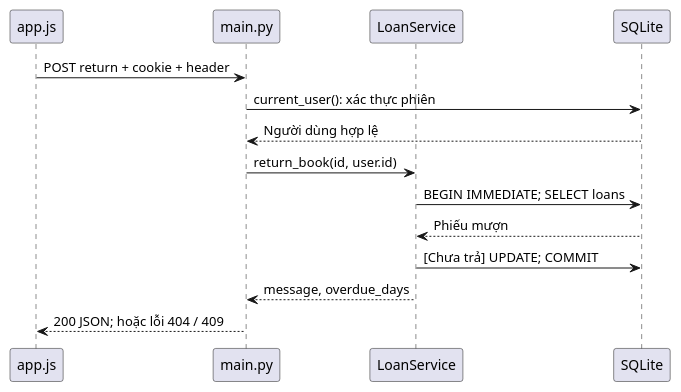
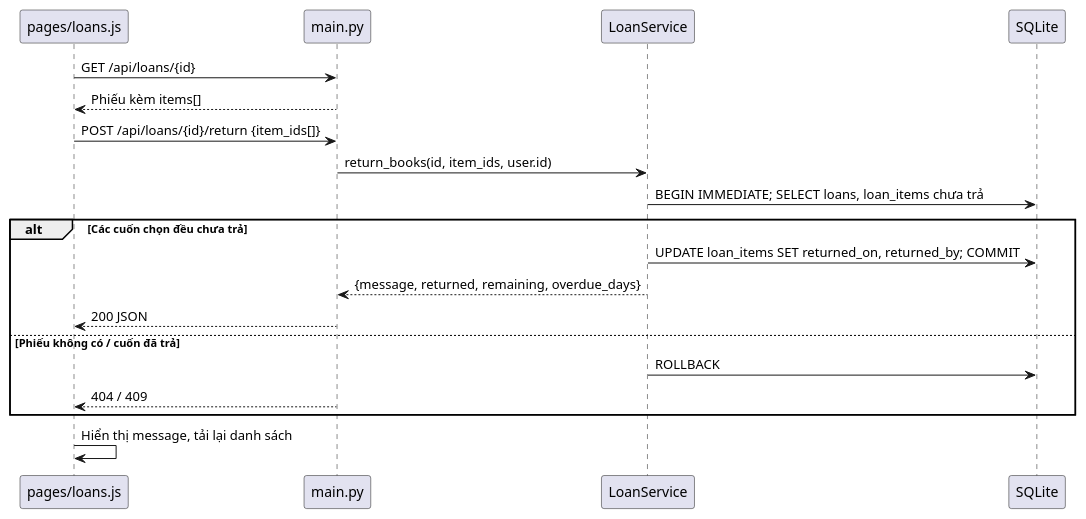
Before and after one commit to khoiln218/ThuVienMini: the diagram in docs/uml/11_design_return.puml, drawn with PlantUML. The commit also changed 108 other files, not shown here.

```diff
--- a/docs/uml/11_design_return.puml
+++ b/docs/uml/11_design_return.puml
@@ -1,18 +1,22 @@
 @startuml
 skinparam defaultFontName Arial
 skinparam shadowing false
-participant "app.js" as P0
+participant "pages/loans.js" as P0
 participant "main.py" as P1
 participant "LoanService" as P2
 participant "SQLite" as P3
-P0 -> P1: POST return + cookie + header
-P1 -> P3: current_user(): xác thực phiên
-P3 --> P1: Người dùng hợp lệ
-P1 -> P2: return_book(id, user.id)
-P2 -> P3: BEGIN IMMEDIATE; SELECT loans
-P3 --> P2: Phiếu mượn
-P2 -> P3: [Chưa trả] UPDATE; COMMIT
-P2 --> P1: message, overdue_days
-P1 --> P0: 200 JSON; hoặc lỗi 404 / 409
-
+P0 -> P1: GET /api/loans/{id}
+P1 --> P0: Phiếu kèm items[]
+P0 -> P1: POST /api/loans/{id}/return {item_ids[]}
+P1 -> P2: return_books(id, item_ids, user.id)
+P2 -> P3: BEGIN IMMEDIATE; SELECT loans, loan_items chưa trả
+alt Các cuốn chọn đều chưa trả
+  P2 -> P3: UPDATE loan_items SET returned_on, returned_by; COMMIT
+  P2 --> P1: {message, returned, remaining, overdue_days}
+  P1 --> P0: 200 JSON
+else Phiếu không có / cuốn đã trả
+  P2 -> P3: ROLLBACK
+  P1 --> P0: 404 / 409
+end
+P0 -> P0: Hiển thị message, tải lại danh sách
 @enduml
```
